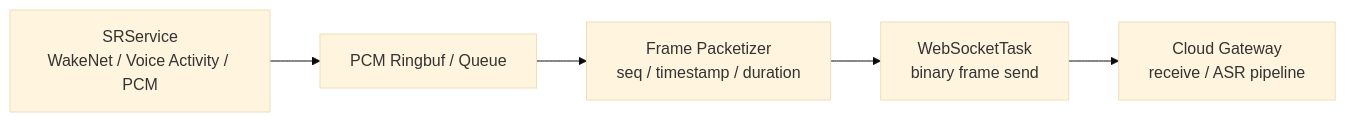
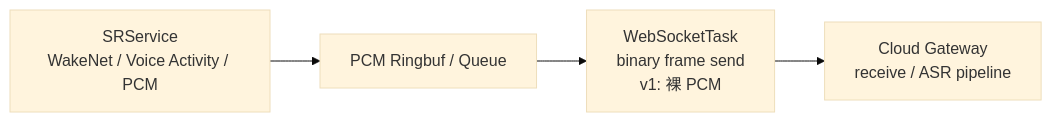
One commit to zhengtongyi/zty-blog changed the diagram in src/content/docs/audio-stream-reliability/03-uplink-pcm-backpressure-baseline.md. Above: the diagram before and after it, drawn with Mermaid (base theme). The commit also changed other lines of this file and 3 other files, not shown here.

````diff
--- a/src/content/docs/audio-stream-reliability/03-uplink-pcm-backpressure-baseline.md
+++ b/src/content/docs/audio-stream-reliability/03-uplink-pcm-backpressure-baseline.md
@@ -20,7 +20,6 @@
 ```mermaid
 flowchart LR
     SR["SRService\nWakeNet / Voice Activity / PCM"] --> RB["PCM Ringbuf / Queue"]
-    RB --> PKT["Frame Packetizer\nseq / timestamp / duration"]
-    PKT --> WS["WebSocketTask\nbinary frame send"]
+    RB --> WS["WebSocketTask\nbinary frame send\nv1: 裸 PCM"]
     WS --> GW["Cloud Gateway\nreceive / ASR pipeline"]
 ```
````
